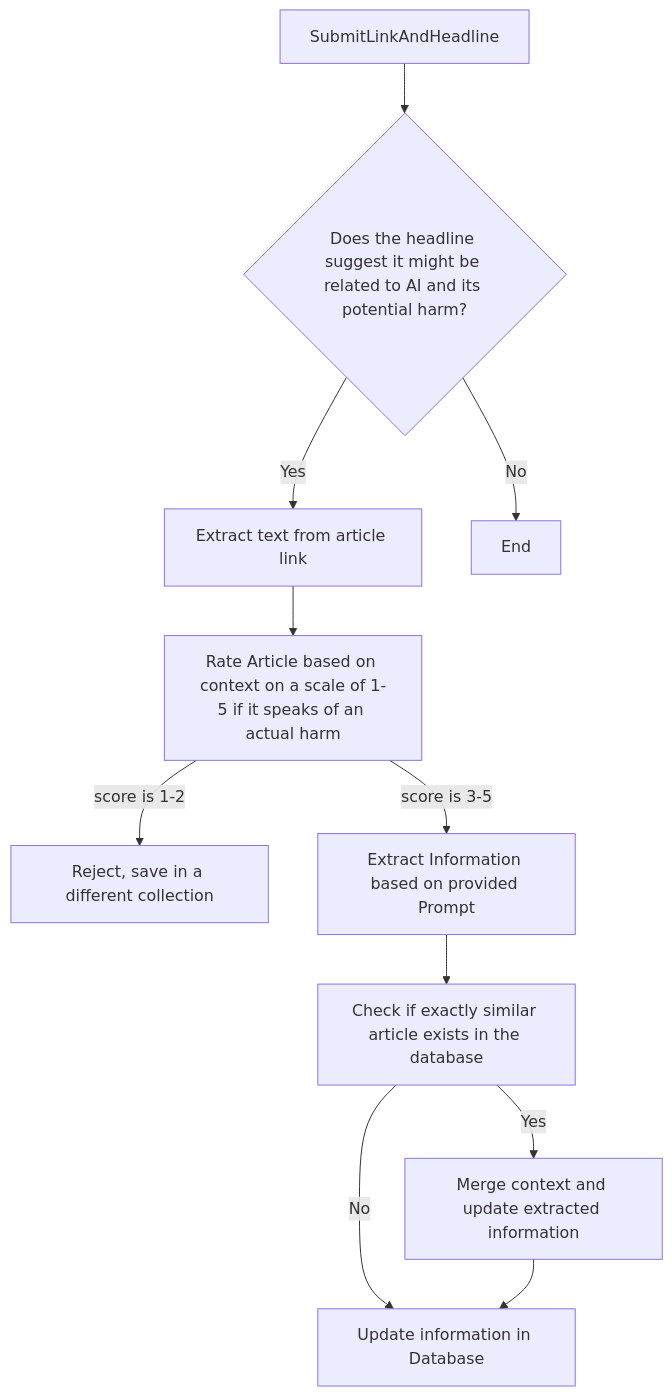
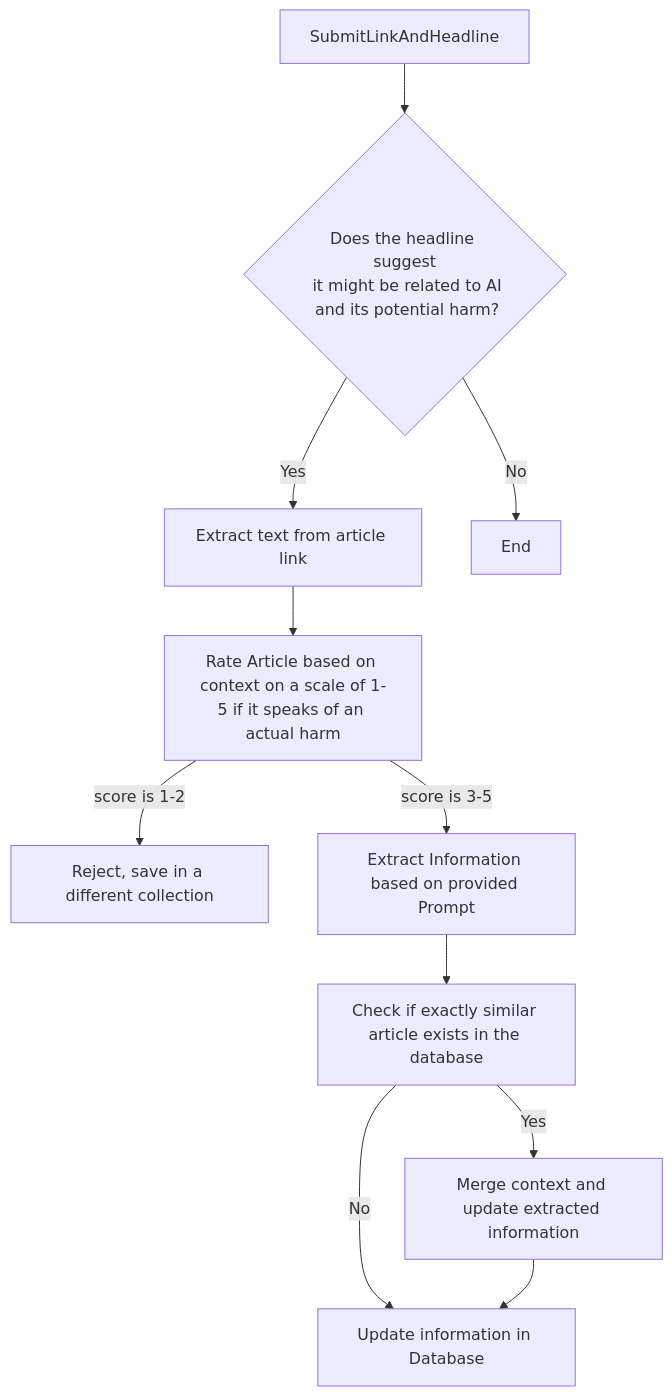
Before and after one commit to armsp/AIFU: the third of 3 diagrams in README.md, drawn with Mermaid. The commit also changed other lines of this file and 1 other file, not shown here.

````diff
--- a/README.md
+++ b/README.md
@@ -116,13 +129,13 @@
 ```mermaid
 flowchart TB
-    SubmitLinkAndHeadline --> B{"`Does the headline suggest it might be related to AI and its potential harm?`"}
+    SubmitLinkAndHeadline --> B{"`Does the headline suggest<br> it might be related to AI<br> and its potential harm?`"}
     B --> |Yes| C[Extract text from article link]
     B --> |No| E[End]
     C --> D[Rate Article based on context on a scale of 1-5 if it speaks of an actual harm]
     D --> |score is 1-2| F[Reject, save in a different collection]
     D --> |score is 3-5| G[Extract Information based on provided Prompt]
     G --> H[Check if exactly similar article exists in the database]
     H --> |No| I
     H --> |Yes| J[Merge context and update extracted information]
     J --> I[Update information in Database]   
 ```
````
